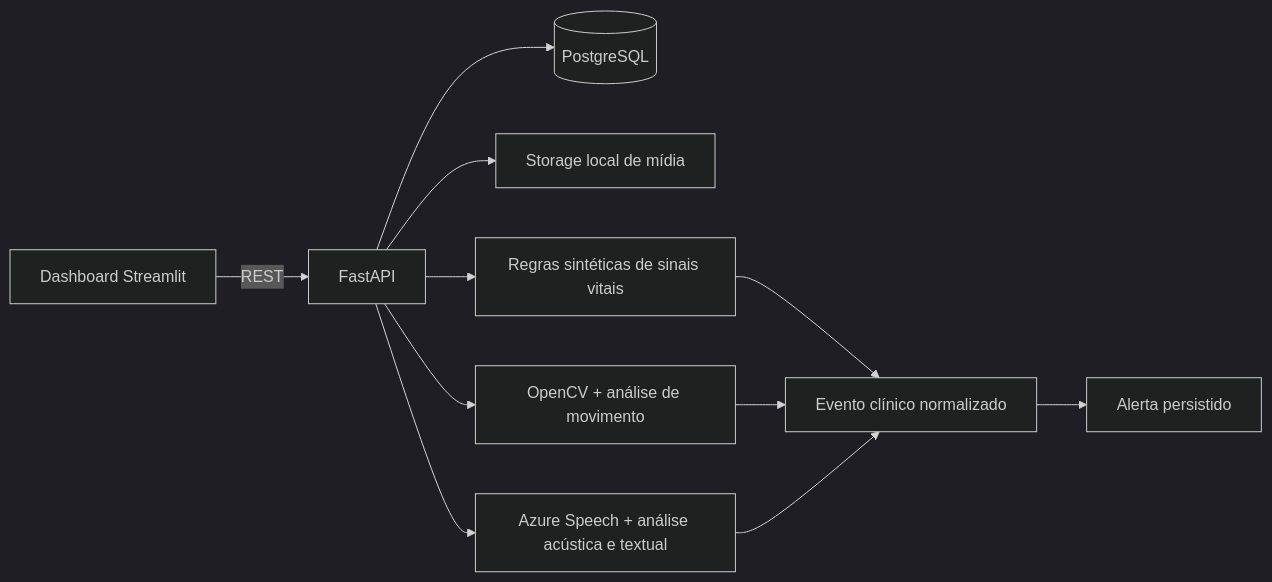
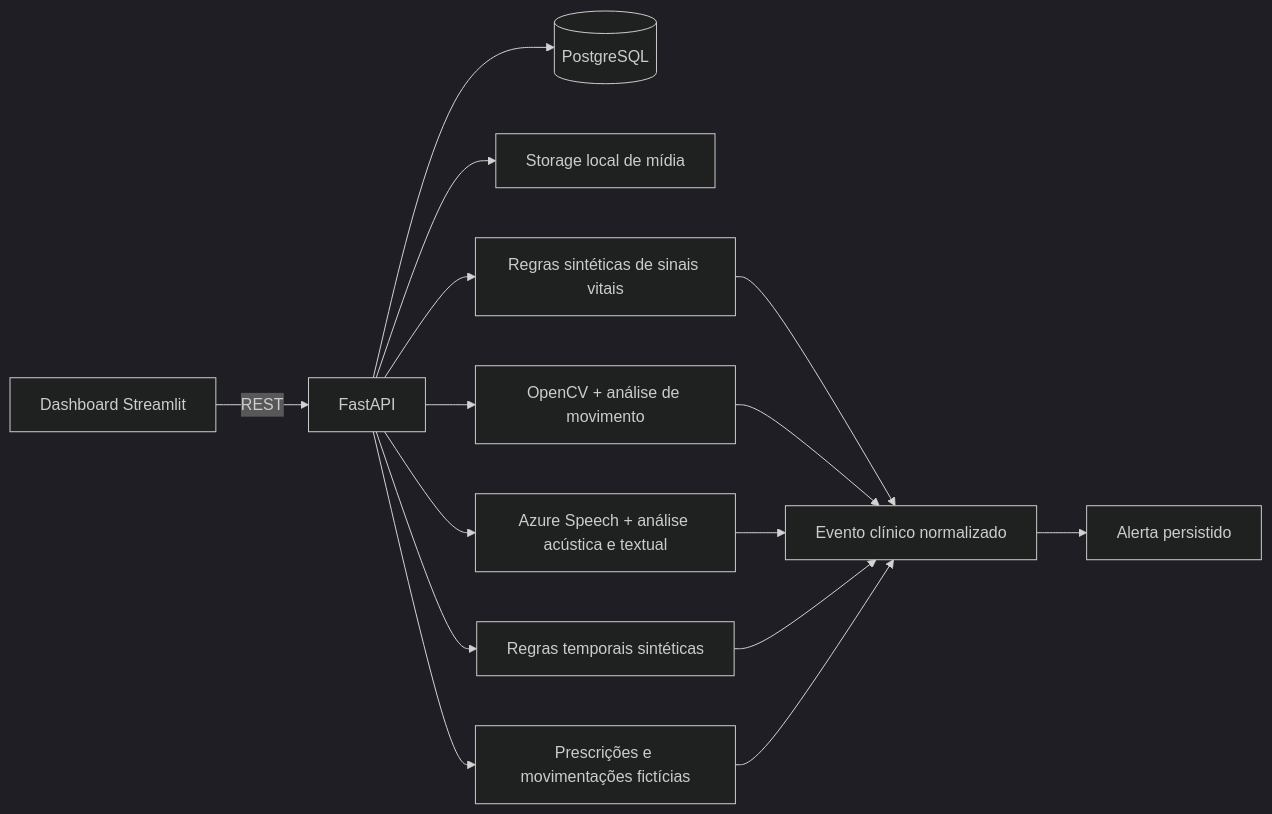
Before and after one commit to mo1sess/tech-challenge-fiap-fase-4: the diagram in README.md, drawn with Mermaid (dark theme). The commit also changed other lines of this file and 11 other files, not shown here.

````diff
--- a/README.md
+++ b/README.md
@@ -29,13 +33,17 @@
 ```mermaid
 flowchart LR
     UI[Dashboard Streamlit] -->|REST| API[FastAPI]
     API --> DB[(PostgreSQL)]
     API --> FS[Storage local de mídia]
     API --> VITAL[Regras sintéticas de sinais vitais]
     VITAL --> EVENT[Evento clínico normalizado]
     EVENT --> ALERT[Alerta persistido]
     API --> VIDEO[OpenCV + análise de movimento]
     VIDEO --> EVENT
     API --> AUDIO[Azure Speech + análise acústica e textual]
     AUDIO --> EVENT
+    API --> TEMPORAL[Regras temporais sintéticas]
+    API --> OPERATIONS[Prescrições e movimentações fictícias]
+    TEMPORAL --> EVENT
+    OPERATIONS --> EVENT
 ```
````
